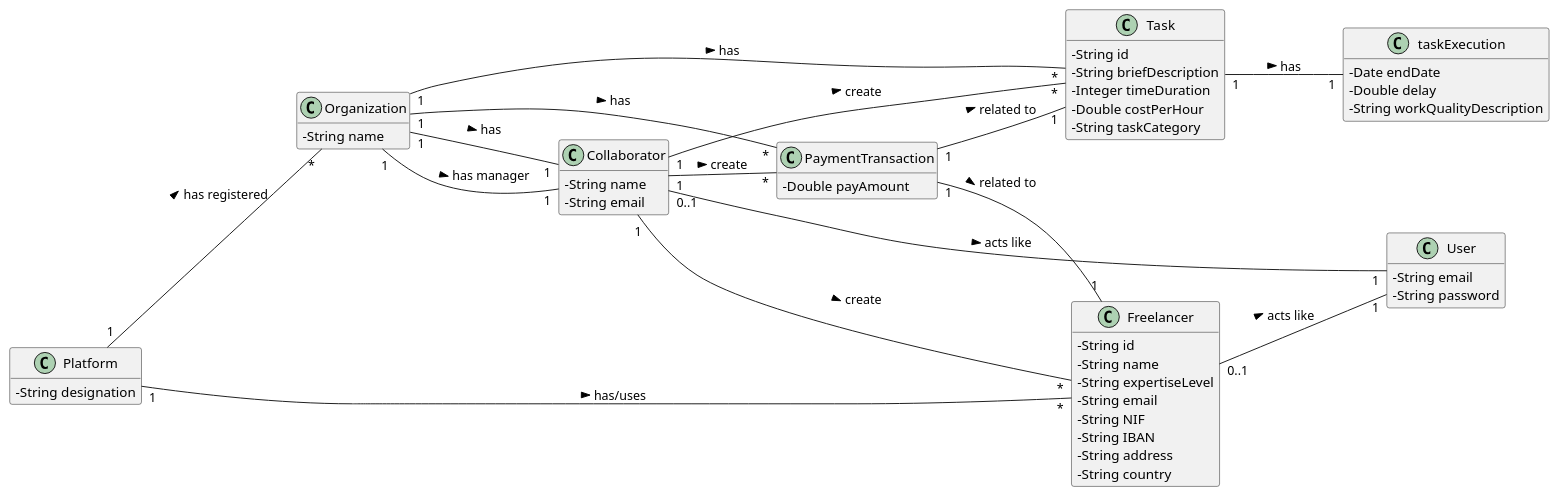
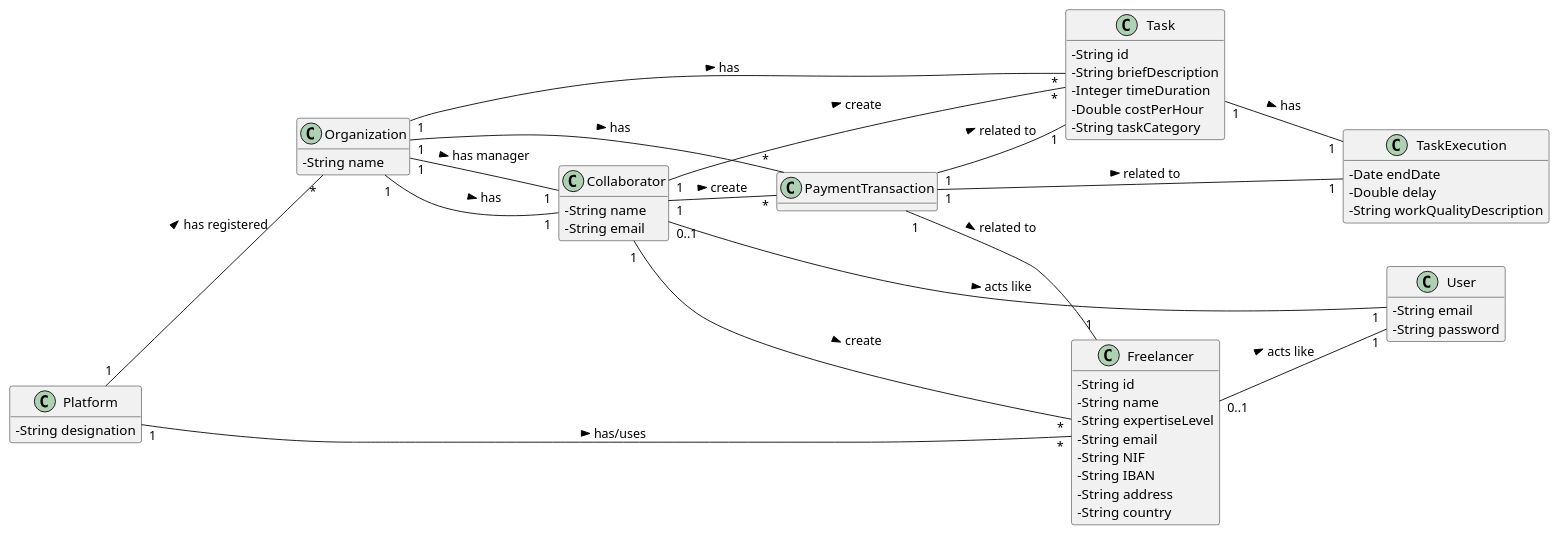
The diagram in docs/UC3 - Create Payment Transaction/UC3_MD.puml (pedrolemos4/LAPR2), drawn with PlantUML before and after one commit. The commit also changed 8 other files, not shown here.

```diff
--- a/docs/UC3 - Create Payment Transaction/UC3_MD.puml
+++ b/docs/UC3 - Create Payment Transaction/UC3_MD.puml
@@ -1,69 +1,69 @@
 @startuml
 skinparam classAttributeIconSize 0
 hide methods
 left to right direction
 
 class Platform {
   -String designation
 }
 
 class Organization {
   -String name
 }
 
 class Collaborator {
   -String name
   -String email
 }
 
 
 class User {
   -String email
   -String password
 }
 
 class Freelancer {
   -String id
   -String name
   -String expertiseLevel
   -String email
   -String NIF
   -String IBAN
   -String address
   -String country
   }
 
 class Task {
  -String id
  -String briefDescription
  -Integer timeDuration
  -Double costPerHour
  -String taskCategory
 }
 
-class taskExecution {
+class TaskExecution {
  -Date endDate
  -Double delay
  -String workQualityDescription
 }
 
 class PaymentTransaction{
-  -Double payAmount
 }
 
 Platform "1" -- "*" Organization : has registered >
 Platform "1" -- "*" Freelancer : has/uses >
 Organization "1" -- "1" Collaborator: has >
 Organization "1" -- "1" Collaborator: has manager >
 Organization "1" -- "*" Task: has >
 Organization "1" -- "*" PaymentTransaction: has >
 Collaborator "0..1" -- "1" User: acts like >
 Freelancer "0..1" -- "1" User: acts like >
 Collaborator "1" -- "*" Freelancer: create >
 Collaborator "1" -- "*" Task: create >
 Collaborator "1" -- "*" PaymentTransaction: create >
 PaymentTransaction "1" -- "1" Freelancer: related to >
 PaymentTransaction "1" -- "1" Task: related to >
-Task "1" -- "1" taskExecution: has >
+PaymentTransaction "1" -- "1" TaskExecution: related to >
+Task "1" -- "1" TaskExecution: has >
 
 @enduml
```
